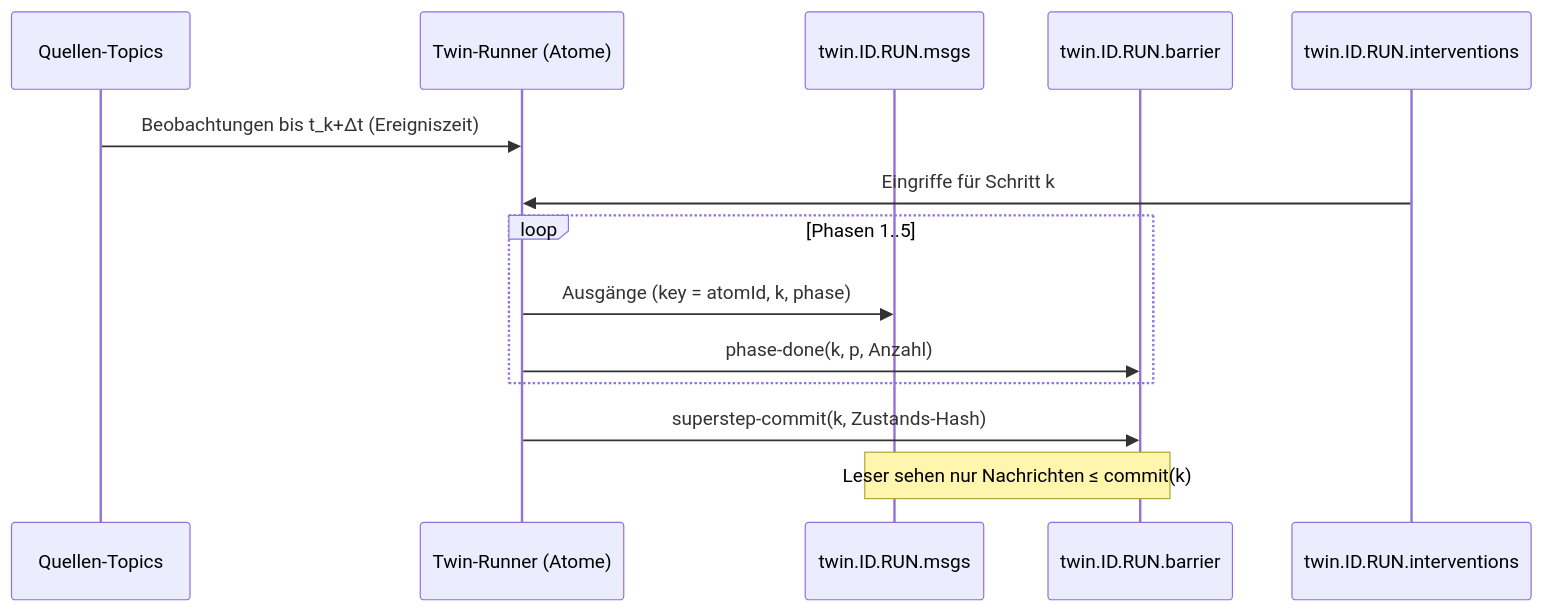
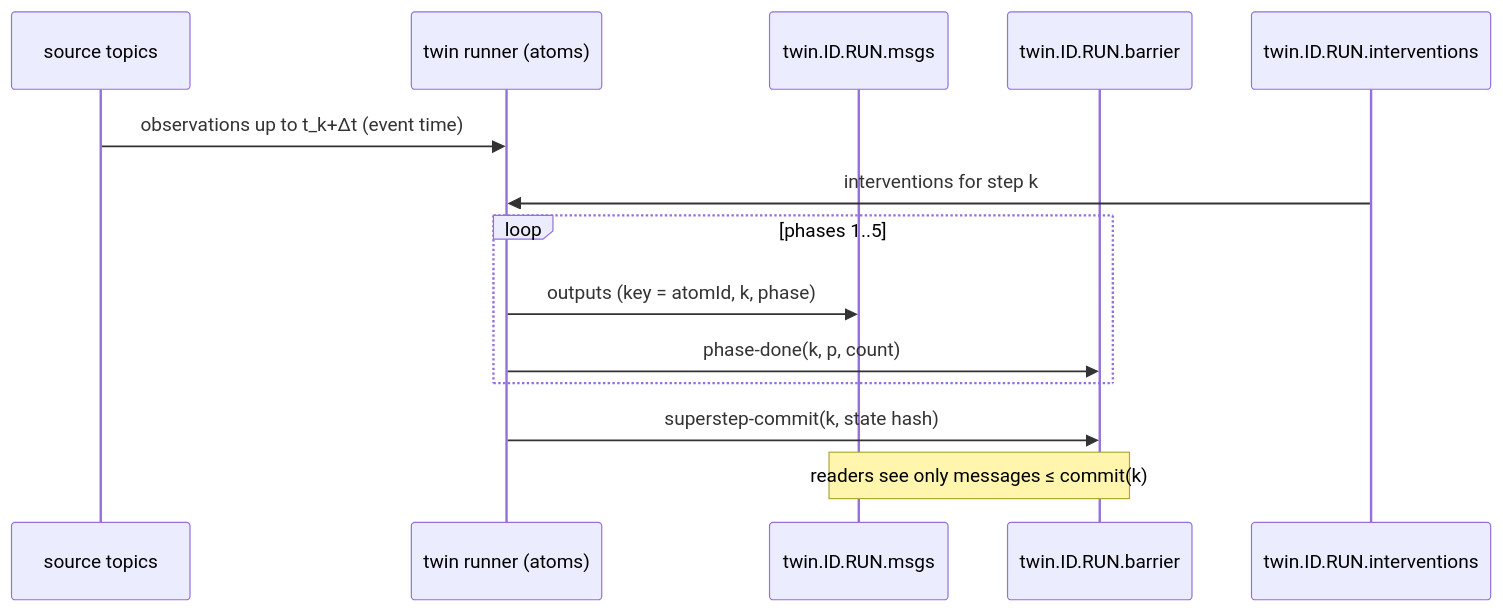
One commit to kamir/OpenTSx changed the third of 3 diagrams in docs/datamodel-2026/07-DIGITAL-TWIN-BSP.md. Above: the diagram before and after it, drawn with Mermaid. The commit also changed other lines of this file and 19 other files, not shown here.

````diff
--- a/docs/datamodel-2026/07-DIGITAL-TWIN-BSP.md
+++ b/docs/datamodel-2026/07-DIGITAL-TWIN-BSP.md
@@ -219,16 +215,16 @@
 ```mermaid
 sequenceDiagram
-  participant Q as Quellen-Topics
-  participant R as Twin-Runner (Atome)
+  participant Q as source topics
+  participant R as twin runner (atoms)
   participant T as twin.ID.RUN.msgs
   participant B as twin.ID.RUN.barrier
   participant I as twin.ID.RUN.interventions
-  Q->>R: Beobachtungen bis t_k+Δt (Ereigniszeit)
-  I->>R: Eingriffe für Schritt k
-  loop Phasen 1..5
-    R->>T: Ausgänge (key = atomId, k, phase)
-    R->>B: phase-done(k, p, Anzahl)
+  Q->>R: observations up to t_k+Δt (event time)
+  I->>R: interventions for step k
+  loop phases 1..5
+    R->>T: outputs (key = atomId, k, phase)
+    R->>B: phase-done(k, p, count)
   end
-  R->>B: superstep-commit(k, Zustands-Hash)
-  Note over T,B: Leser sehen nur Nachrichten ≤ commit(k)
+  R->>B: superstep-commit(k, state hash)
+  Note over T,B: readers see only messages ≤ commit(k)
 ```
````
